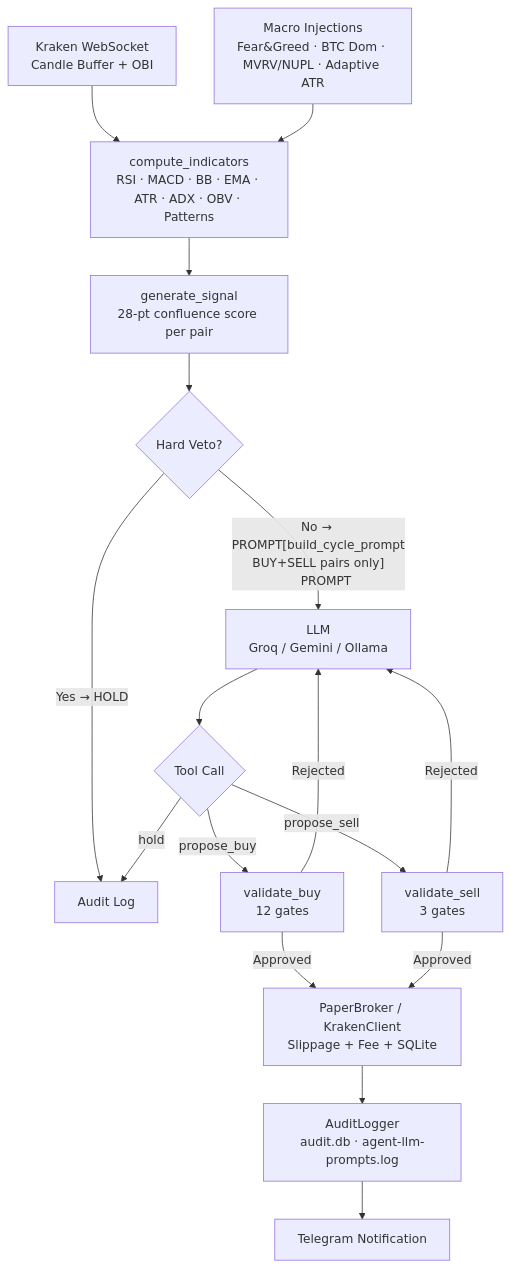
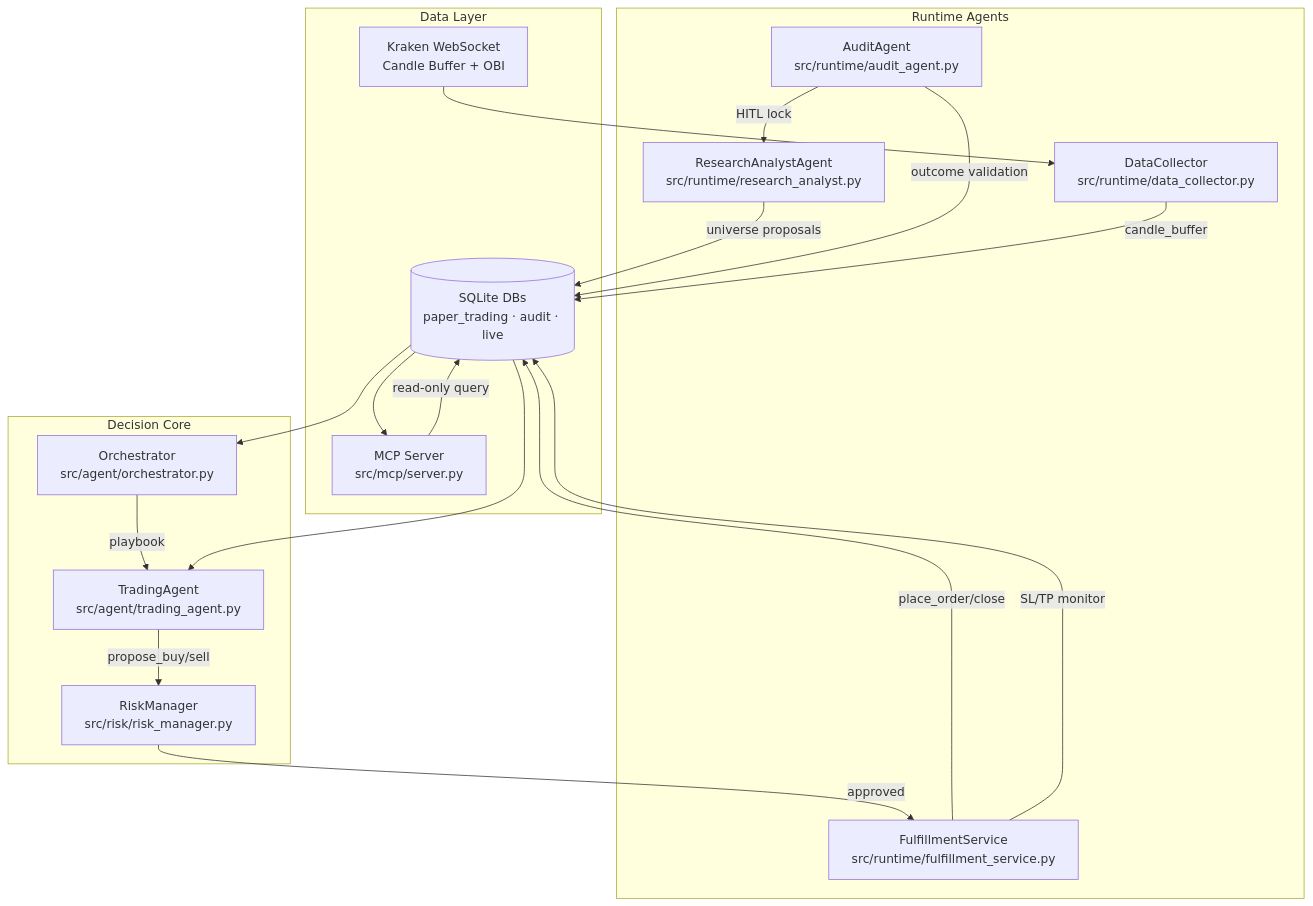
The first of 5 diagrams in README.md (vipulbms/crypto-trader-agent), drawn with Mermaid before and after one commit. The commit also changed other lines of this file and 8 other files, not shown here.

First line of the commit message:
feat: MCP server signal introspection + multi-agent orchestration script

````diff
--- a/README.md
+++ b/README.md
@@ -173,20 +175,38 @@
 ```mermaid
 flowchart TD
-    WS[Kraken WebSocket\nCandle Buffer + OBI] --> IND[compute_indicators\nRSI · MACD · BB · EMA · ATR · ADX · OBV · Patterns]
-    MACRO[Macro Injections\nFear&Greed · BTC Dom · MVRV/NUPL · Adaptive ATR] --> IND
-    IND --> SIG[generate_signal\n28-pt confluence score per pair]
-    SIG --> VETO{Hard Veto?}
-    VETO -- Yes → HOLD --> LOG[Audit Log]
-    VETO -- No → PROMPT[build_cycle_prompt\nBUY+SELL pairs only]
-    PROMPT --> LLM[LLM\nGroq / Gemini / Ollama]
-    LLM --> TOOL{Tool Call}
-    TOOL -- propose_buy --> VB[validate_buy\n12 gates]
-    TOOL -- propose_sell --> VS[validate_sell\n3 gates]
-    TOOL -- hold --> LOG
-    VB -- Approved --> BROKER[PaperBroker / KrakenClient\nSlippage + Fee + SQLite]
-    VS -- Approved --> BROKER
-    VB -- Rejected --> LLM
-    VS -- Rejected --> LLM
-    BROKER --> AUDIT[AuditLogger\naudit.db · agent-llm-prompts.log]
-    AUDIT --> TG[Telegram Notification]
+    subgraph Runtime Agents
+        RAA[ResearchAnalystAgent\nsrc/runtime/research_analyst.py]
+        AA[AuditAgent\nsrc/runtime/audit_agent.py]
+        FS[FulfillmentService\nsrc/runtime/fulfillment_service.py]
+        DC[DataCollector\nsrc/runtime/data_collector.py]
+    end
+
+    subgraph Decision Core
+        ORCH[Orchestrator\nsrc/agent/orchestrator.py]
+        TA[TradingAgent\nsrc/agent/trading_agent.py]
+        RM[RiskManager\nsrc/risk/risk_manager.py]
+    end
+
+    subgraph Data Layer
+        DB[(SQLite DBs\npaper_trading · audit · live)]
+        WS[Kraken WebSocket\nCandle Buffer + OBI]
+        MCP[MCP Server\nsrc/mcp/server.py]
+    end
+
+    RAA -- universe proposals --> DB
+    AA -- outcome validation --> DB
+    AA -- HITL lock --> RAA
+    DC -- candle_buffer --> DB
+    WS --> DC
+
+    DB --> ORCH
+    ORCH -- playbook --> TA
+    DB --> TA
+    TA -- propose_buy/sell --> RM
+    RM -- approved --> FS
+    FS -- place_order/close --> DB
+    FS -- SL/TP monitor --> DB
+
+    DB --> MCP
+    MCP -- read-only query --> DB
 ```
````
